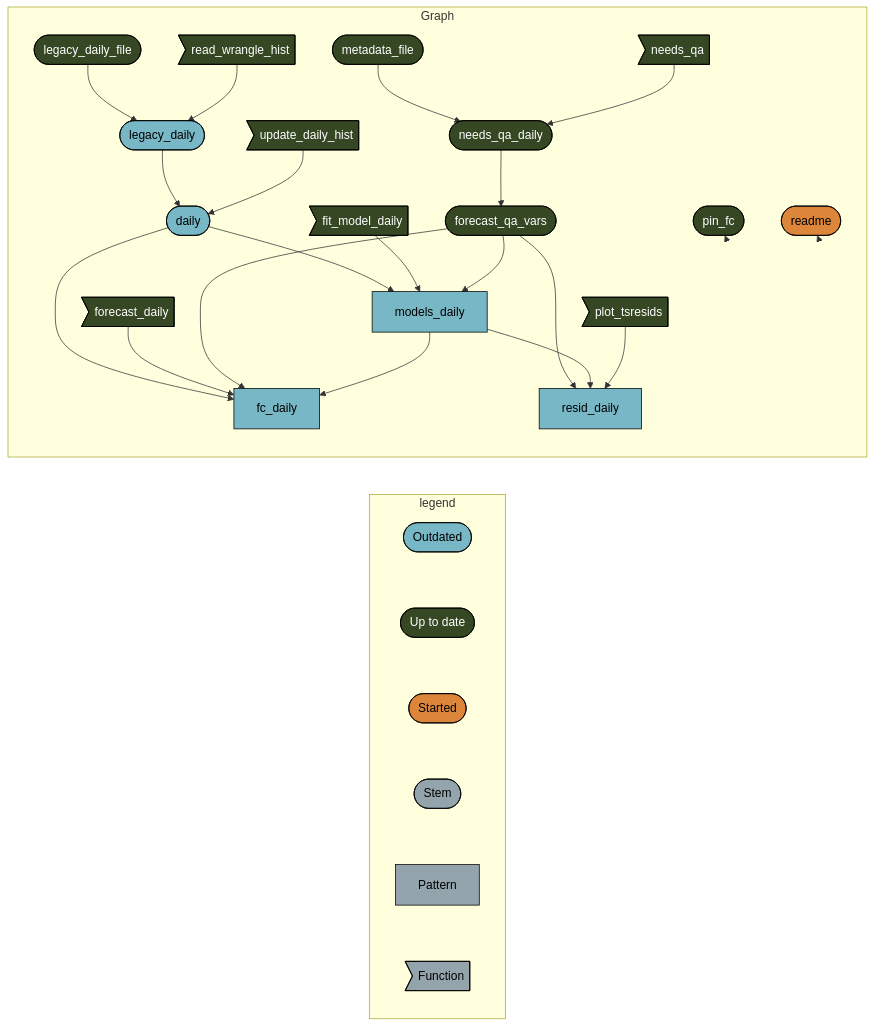
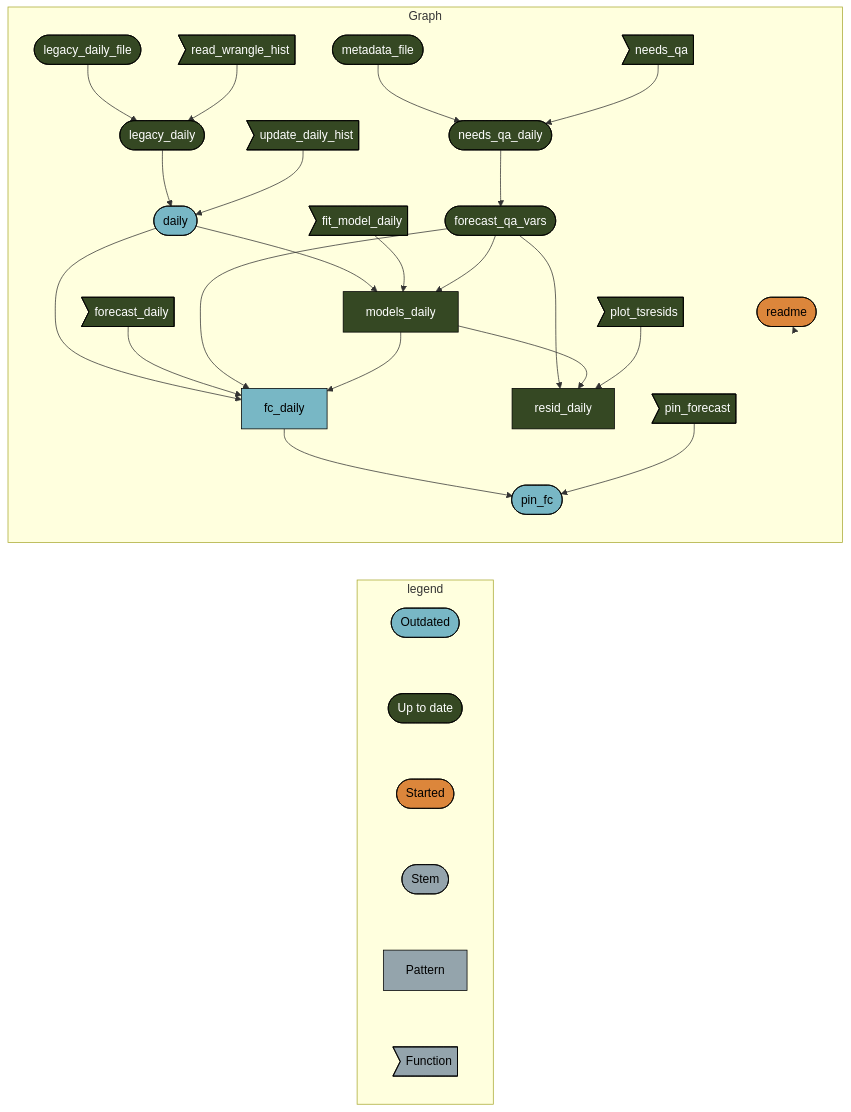
The diagram in README.md (uace-azmet/azmet-forecast-qa), drawn with Mermaid before and after one commit. The commit also changed other lines of this file and 7 other files, not shown here.

````diff
--- a/README.md
+++ b/README.md
@@ -37,42 +57,42 @@
 ``` mermaid
 graph LR
   subgraph legend
     x0a52b03877696646([""Outdated""]):::outdated --- x7420bd9270f8d27d([""Up to date""]):::uptodate
     x7420bd9270f8d27d([""Up to date""]):::uptodate --- x5b3426b4c7fa7dbc([""Started""]):::started
     x5b3426b4c7fa7dbc([""Started""]):::started --- xbf4603d6c2c2ad6b([""Stem""]):::none
     xbf4603d6c2c2ad6b([""Stem""]):::none --- x70a5fa6bea6f298d[""Pattern""]:::none
     x70a5fa6bea6f298d[""Pattern""]:::none --- xf0bce276fe2b9d3e>""Function""]:::none
   end
   subgraph Graph
     x3d7b2a2ab5636113(["metadata_file"]):::uptodate --> xdfae9ea4e5207cef(["needs_qa_daily"]):::uptodate
     x06ab7116eed66f15>"needs_qa"]:::uptodate --> xdfae9ea4e5207cef(["needs_qa_daily"]):::uptodate
     xdfae9ea4e5207cef(["needs_qa_daily"]):::uptodate --> x601d3b0e7d261371(["forecast_qa_vars"]):::uptodate
-    x1920bdb737e11d2e(["legacy_daily_file"]):::uptodate --> xff9b736edef41c8b(["legacy_daily"]):::outdated
-    x842666df821db265>"read_wrangle_hist"]:::uptodate --> xff9b736edef41c8b(["legacy_daily"]):::outdated
+    x1920bdb737e11d2e(["legacy_daily_file"]):::uptodate --> xff9b736edef41c8b(["legacy_daily"]):::uptodate
+    x842666df821db265>"read_wrangle_hist"]:::uptodate --> xff9b736edef41c8b(["legacy_daily"]):::uptodate
     x6233d5fdb54d5242(["daily"]):::outdated --> xdd96ec4b0bb5ab6b["fc_daily"]:::outdated
     x4bc7352f98499683>"forecast_daily"]:::uptodate --> xdd96ec4b0bb5ab6b["fc_daily"]:::outdated
     x601d3b0e7d261371(["forecast_qa_vars"]):::uptodate --> xdd96ec4b0bb5ab6b["fc_daily"]:::outdated
-    x4d3c4dcfeadc796d["models_daily"]:::outdated --> xdd96ec4b0bb5ab6b["fc_daily"]:::outdated
-    x601d3b0e7d261371(["forecast_qa_vars"]):::uptodate --> x0bb4ecca77d3d4a0["resid_daily"]:::outdated
-    x4d3c4dcfeadc796d["models_daily"]:::outdated --> x0bb4ecca77d3d4a0["resid_daily"]:::outdated
-    x10e889bcd8b0fd60>"plot_tsresids"]:::uptodate --> x0bb4ecca77d3d4a0["resid_daily"]:::outdated
-    x6233d5fdb54d5242(["daily"]):::outdated --> x4d3c4dcfeadc796d["models_daily"]:::outdated
-    x1f5572089e80d919>"fit_model_daily"]:::uptodate --> x4d3c4dcfeadc796d["models_daily"]:::outdated
-    x601d3b0e7d261371(["forecast_qa_vars"]):::uptodate --> x4d3c4dcfeadc796d["models_daily"]:::outdated
-    xff9b736edef41c8b(["legacy_daily"]):::outdated --> x6233d5fdb54d5242(["daily"]):::outdated
+    x4d3c4dcfeadc796d["models_daily"]:::uptodate --> xdd96ec4b0bb5ab6b["fc_daily"]:::outdated
+    x601d3b0e7d261371(["forecast_qa_vars"]):::uptodate --> x0bb4ecca77d3d4a0["resid_daily"]:::uptodate
+    x4d3c4dcfeadc796d["models_daily"]:::uptodate --> x0bb4ecca77d3d4a0["resid_daily"]:::uptodate
+    x10e889bcd8b0fd60>"plot_tsresids"]:::uptodate --> x0bb4ecca77d3d4a0["resid_daily"]:::uptodate
+    x6233d5fdb54d5242(["daily"]):::outdated --> x4d3c4dcfeadc796d["models_daily"]:::uptodate
+    x1f5572089e80d919>"fit_model_daily"]:::uptodate --> x4d3c4dcfeadc796d["models_daily"]:::uptodate
+    x601d3b0e7d261371(["forecast_qa_vars"]):::uptodate --> x4d3c4dcfeadc796d["models_daily"]:::uptodate
+    xdd96ec4b0bb5ab6b["fc_daily"]:::outdated --> x8f5c47b9b7da7e75(["pin_fc"]):::outdated
+    x82c22abbb211b5ee>"pin_forecast"]:::uptodate --> x8f5c47b9b7da7e75(["pin_fc"]):::outdated
+    xff9b736edef41c8b(["legacy_daily"]):::uptodate --> x6233d5fdb54d5242(["daily"]):::outdated
     x8b3096a190996662>"update_daily_hist"]:::uptodate --> x6233d5fdb54d5242(["daily"]):::outdated
-    x8f5c47b9b7da7e75(["pin_fc"]):::uptodate --> x8f5c47b9b7da7e75(["pin_fc"]):::uptodate
     x6e52cb0f1668cc22(["readme"]):::started --> x6e52cb0f1668cc22(["readme"]):::started
   end
   classDef outdated stroke:#000000,color:#000000,fill:#78B7C5;
   classDef uptodate stroke:#000000,color:#ffffff,fill:#354823;
   classDef started stroke:#000000,color:#000000,fill:#DC863B;
   classDef none stroke:#000000,color:#000000,fill:#94a4ac;
   linkStyle 0 stroke-width:0px;
   linkStyle 1 stroke-width:0px;
   linkStyle 2 stroke-width:0px;
   linkStyle 3 stroke-width:0px;
   linkStyle 4 stroke-width:0px;
-  linkStyle 22 stroke-width:0px;
-  linkStyle 23 stroke-width:0px;
+  linkStyle 24 stroke-width:0px;
 ```
````
